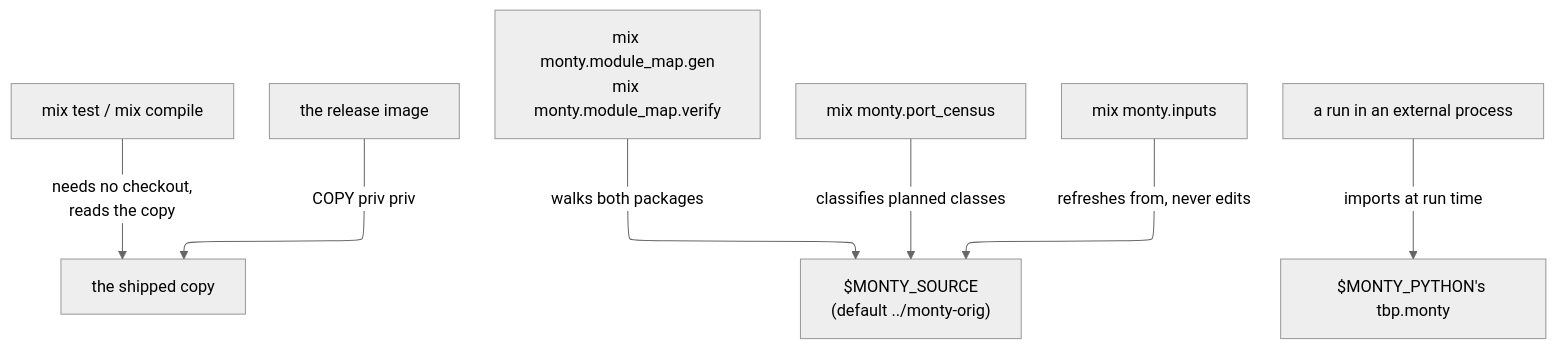
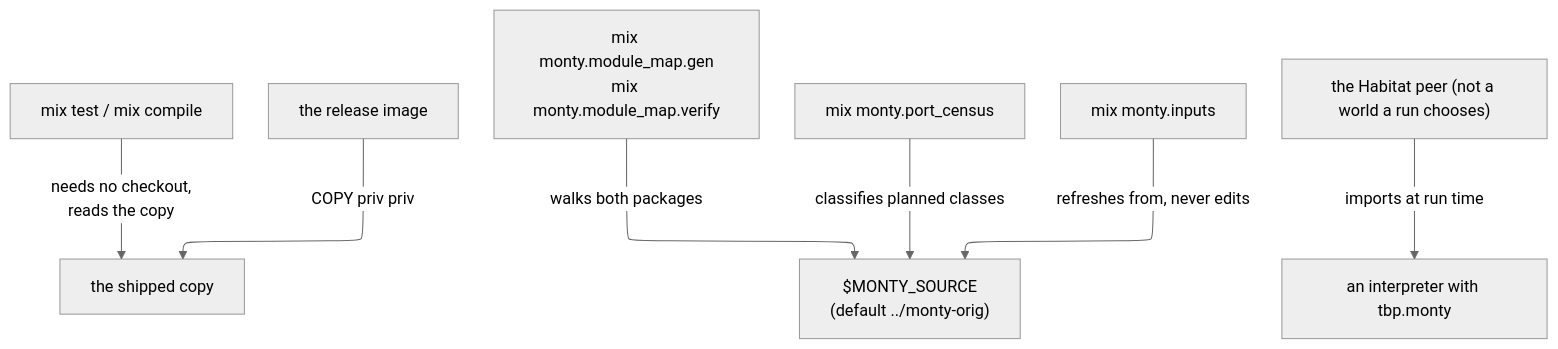
One commit to d-led/ex.tbp.monty changed the sixth of 7 diagrams in docs/architecture.md. Above: the diagram before and after it, drawn with Mermaid (neutral theme). The commit also changed other lines of this file and 42 other files, not shown here.

````diff
--- a/docs/architecture.md
+++ b/docs/architecture.md
@@ -298,13 +301,13 @@
 ```mermaid
 ---
 config:
   layout: elk
 ---
 flowchart TD
     tests["mix test / mix compile"] -->|"needs no checkout,<br/>reads the copy"| copy["the shipped copy"]
     image["the release image"] -->|"COPY priv priv"| copy
     gen["mix monty.module_map.gen<br/>mix monty.module_map.verify"] -->|"walks both packages"| source["$MONTY_SOURCE<br/>(default ../monty-orig)"]
     census["mix monty.port_census"] -->|"classifies planned classes"| source
     inputs["mix monty.inputs"] -->|"refreshes from, never edits"| source
-    run["a run in an external process"] -->|"imports at run time"| python["$MONTY_PYTHON's tbp.monty"]
+    peer["the Habitat peer (not a world a run chooses)"] -->|"imports at run time"| python["an interpreter with tbp.monty"]
 ```
````
